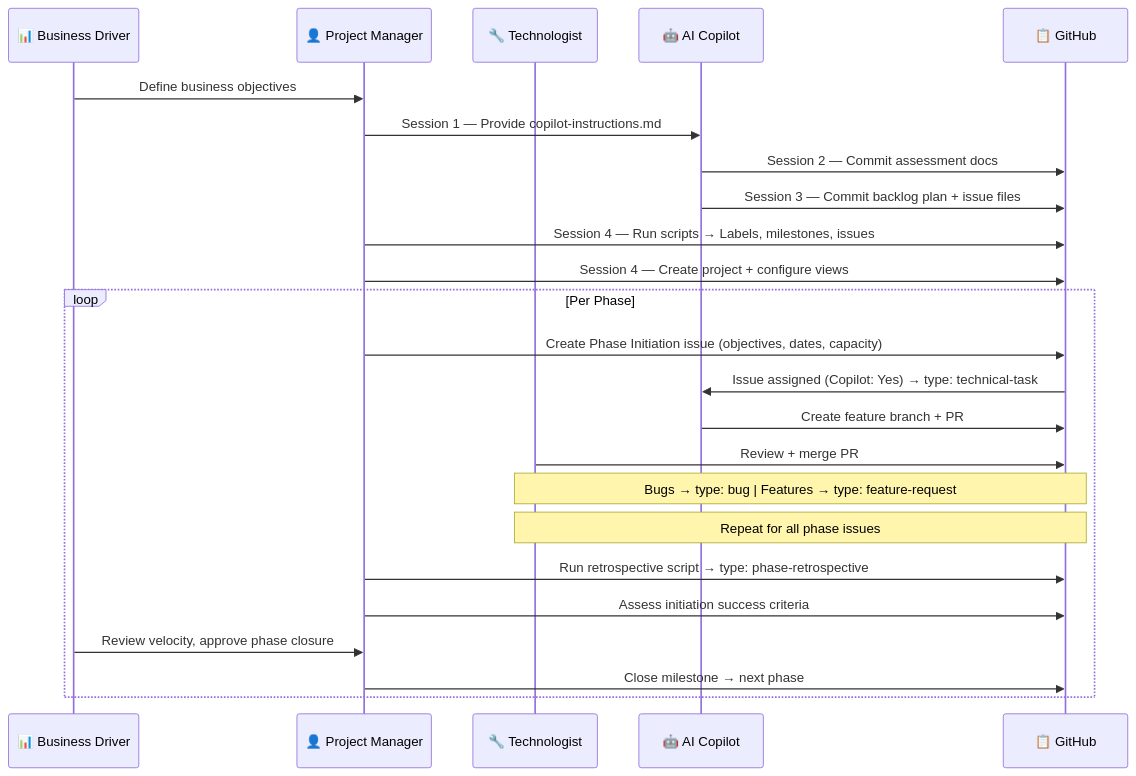
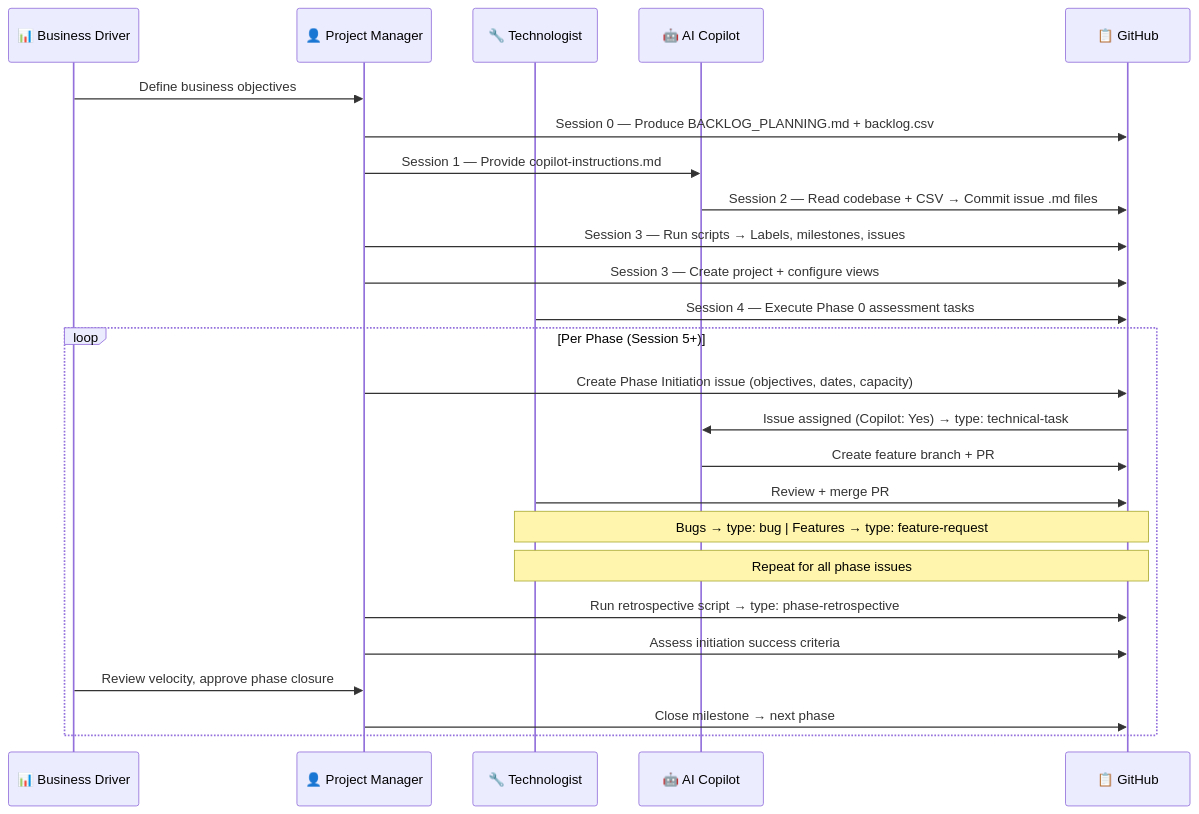
The second of 3 diagrams in bootstrap/agentgitops-instructions.md (rmcveyhsawaknow/azure-resume-iac), drawn with Mermaid before and after one commit. The commit also changed other lines of this file and 96 other files, not shown here.

First line of the commit message:
feat: restructure bootstrap directory for AgentGitOps reuse - Session 0, scripts to bootstrap/, backlog-issues to artifacts/"

````diff
--- a/bootstrap/agentgitops-instructions.md
+++ b/bootstrap/agentgitops-instructions.md
@@ -116,28 +123,29 @@
 ```mermaid
 sequenceDiagram
     participant BD as 📊 Business Driver
     participant PM as 👤 Project Manager
     participant T as 🔧 Technologist
     participant AI as 🤖 AI Copilot
     participant GH as 📋 GitHub
 
     BD->>PM: Define business objectives
+    PM->>GH: Session 0 — Produce BACKLOG_PLANNING.md + backlog.csv
     PM->>AI: Session 1 — Provide copilot-instructions.md
-    AI->>GH: Session 2 — Commit assessment docs
-    AI->>GH: Session 3 — Commit backlog plan + issue files
-    PM->>GH: Session 4 — Run scripts → Labels, milestones, issues
-    PM->>GH: Session 4 — Create project + configure views
+    AI->>GH: Session 2 — Read codebase + CSV → Commit issue .md files
+    PM->>GH: Session 3 — Run scripts → Labels, milestones, issues
+    PM->>GH: Session 3 — Create project + configure views
+    T->>GH: Session 4 — Execute Phase 0 assessment tasks
 
-    loop Per Phase
+    loop Per Phase (Session 5+)
         PM->>GH: Create Phase Initiation issue (objectives, dates, capacity)
         GH->>AI: Issue assigned (Copilot: Yes) → type: technical-task
         AI->>GH: Create feature branch + PR
         T->>GH: Review + merge PR
         Note over T,GH: Bugs → type: bug | Features → type: feature-request
         Note over T,GH: Repeat for all phase issues
         PM->>GH: Run retrospective script → type: phase-retrospective
         PM->>GH: Assess initiation success criteria
         BD->>PM: Review velocity, approve phase closure
         PM->>GH: Close milestone → next phase
     end
 ```
````
